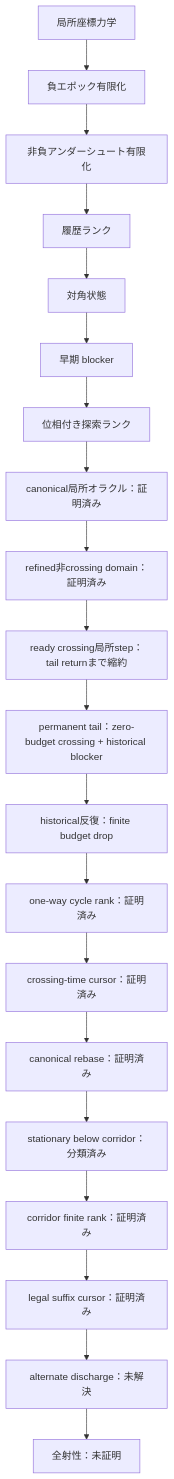
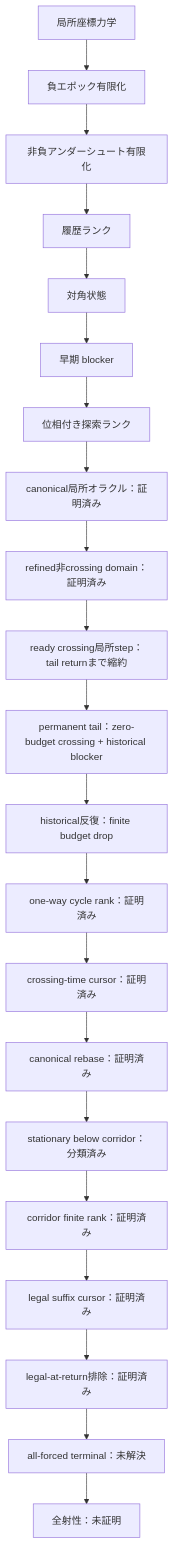
One commit to hirokidaichi/recaman-lean-research changed the diagram in README.md. Above: the diagram before and after it, drawn with Mermaid. The commit also changed other lines of this file and 9 other files, not shown here.

````diff
--- a/README.md
+++ b/README.md
@@ -116,22 +121,23 @@
 ```mermaid
 flowchart TD
     A["局所座標力学"] --> B["負エポック有限化"]
     B --> C["非負アンダーシュート有限化"]
     C --> D["履歴ランク"]
     D --> E["対角状態"]
     E --> F["早期 blocker"]
     F --> G["位相付き探索ランク"]
     G --> H["canonical局所オラクル：証明済み"]
     H --> I["refined非crossing domain：証明済み"]
     I --> J["ready crossing局所step：tail returnまで縮約"]
     J --> K["permanent tail：zero-budget crossing + historical blocker"]
     K --> L["historical反復：finite budget drop"]
     L --> M["one-way cycle rank：証明済み"]
     M --> N["crossing-time cursor：証明済み"]
     N --> O["canonical rebase：証明済み"]
     O --> P["stationary below corridor：分類済み"]
     P --> Q["corridor finite rank：証明済み"]
     Q --> R["legal suffix cursor：証明済み"]
-    R --> S["alternate discharge：未解決"]
-    S --> T["全射性：未証明"]
+    R --> S["legal-at-return排除：証明済み"]
+    S --> T["all-forced terminal：未解決"]
+    T --> U["全射性：未証明"]
 ```
````
